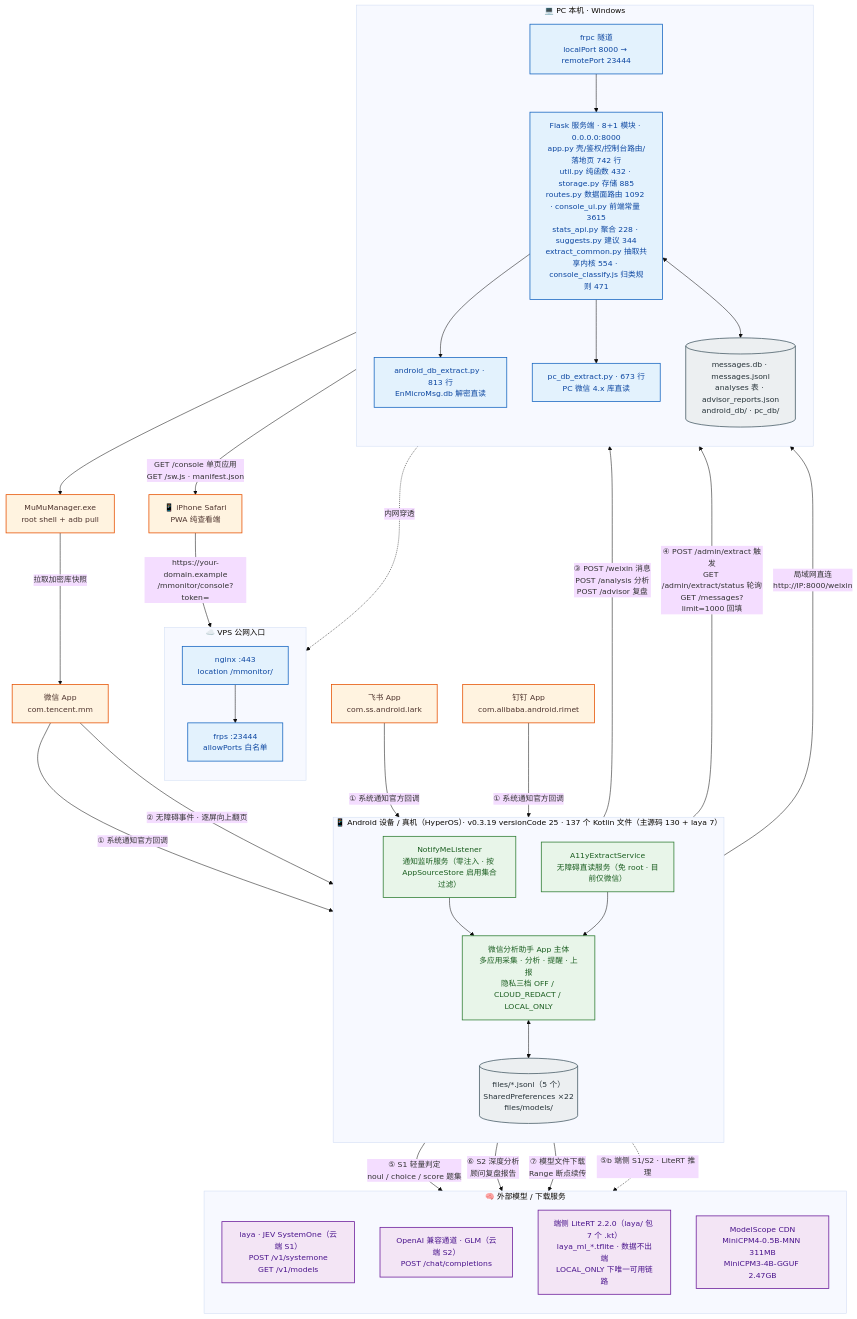
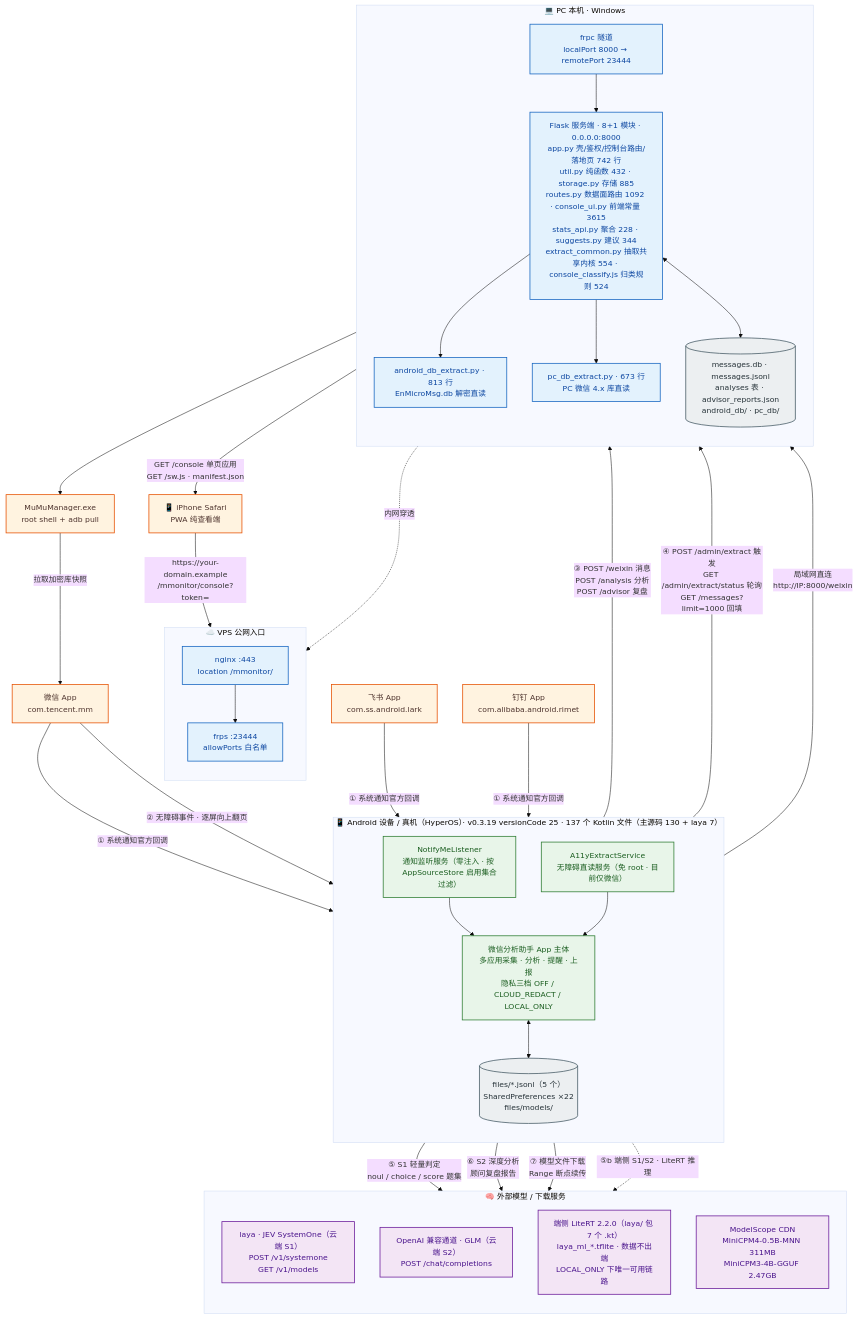
The diagram in docs/architecture/diagrams/01-system-context.mmd (solidjoker/notifyme), drawn with Mermaid before and after one commit. The commit also changed 12 other files, not shown here.

```diff
--- a/docs/architecture/diagrams/01-system-context.mmd
+++ b/docs/architecture/diagrams/01-system-context.mmd
@@ -1,70 +1,70 @@
 %%{init: {'theme':'base','themeVariables':{'fontSize':'15px','fontFamily':'Microsoft YaHei, PingFang SC, sans-serif'},'flowchart':{'htmlLabels':true,'curve':'basis'}}}%%
 flowchart TB
     classDef ext  fill:#fff3e0,stroke:#e65100,stroke-width:1.5px,color:#4e342e
     classDef app  fill:#e8f5e9,stroke:#2e7d32,stroke-width:1.5px,color:#1b5e20
     classDef srv  fill:#e3f2fd,stroke:#1565c0,stroke-width:1.5px,color:#0d47a1
     classDef llm  fill:#f3e5f5,stroke:#6a1b9a,stroke-width:1.5px,color:#4a148c
     classDef store fill:#eceff1,stroke:#455a64,stroke-width:1.5px,color:#263238
 
     WX["微信 App<br/>com.tencent.mm"]:::ext
     FS["飞书 App<br/>com.ss.android.lark"]:::ext
     DT["钉钉 App<br/>com.alibaba.android.rimet"]:::ext
 
     subgraph DEV["📱 Android 设备 / 真机（HyperOS）· v0.3.19 versionCode 25 · 137 个 Kotlin 文件（主源码 130 + laya 7）"]
         direction TB
         NL["NotifyMeListener<br/>通知监听服务（零注入 · 按 AppSourceStore 启用集合过滤）"]:::app
         A11Y["A11yExtractService<br/>无障碍直读服务（免 root · 目前仅微信）"]:::app
         CORE["微信分析助手 App 主体<br/>多应用采集 · 分析 · 提醒 · 上报<br/>隐私三档 OFF / CLOUD_REDACT / LOCAL_ONLY"]:::app
         STORE[("files/*.jsonl（5 个）<br/>SharedPreferences ×22<br/>files/models/")]:::store
         NL --> CORE
         A11Y --> CORE
         CORE <--> STORE
     end
 
     subgraph HOST["💻 PC 本机 · Windows"]
         direction TB
-        FLASK["Flask 服务端 · 8+1 模块 · 0.0.0.0:8000<br/>app.py 壳/鉴权/控制台路由/落地页 742 行<br/>util.py 纯函数 432 · storage.py 存储 885<br/>routes.py 数据面路由 1092 · console_ui.py 前端常量 3615<br/>stats_api.py 聚合 228 · suggests.py 建议 344<br/>extract_common.py 抽取共享内核 554 · console_classify.js 归类规则 471"]:::srv
+        FLASK["Flask 服务端 · 8+1 模块 · 0.0.0.0:8000<br/>app.py 壳/鉴权/控制台路由/落地页 742 行<br/>util.py 纯函数 432 · storage.py 存储 885<br/>routes.py 数据面路由 1092 · console_ui.py 前端常量 3615<br/>stats_api.py 聚合 228 · suggests.py 建议 344<br/>extract_common.py 抽取共享内核 554 · console_classify.js 归类规则 524"]:::srv
         ADBEX["android_db_extract.py · 813 行<br/>EnMicroMsg.db 解密直读"]:::srv
         PCEX["pc_db_extract.py · 673 行<br/>PC 微信 4.x 库直读"]:::srv
         DB[("messages.db · messages.jsonl<br/>analyses 表 · advisor_reports.json<br/>android_db/ · pc_db/")]:::store
         FRPC["frpc 隧道<br/>localPort 8000 → remotePort 23444"]:::srv
         FLASK --> ADBEX
         FLASK --> PCEX
         FLASK <--> DB
         FRPC --> FLASK
     end
 
     subgraph VPS["☁️ VPS 公网入口"]
         direction TB
         NGINX["nginx :443<br/>location /mmonitor/"]:::srv
         FRPS["frps :23444<br/>allowPorts 白名单"]:::srv
         NGINX --> FRPS
     end
 
     subgraph AI["🧠 外部模型 / 下载服务"]
         direction TB
         LAYA["laya · JEV SystemOne（云端 S1）<br/>POST /v1/systemone<br/>GET /v1/models"]:::llm
         GLM["OpenAI 兼容通道 · GLM（云端 S2）<br/>POST /chat/completions"]:::llm
         LITE["端侧 LiteRT 2.2.0（laya/ 包 7 个 .kt）<br/>laya_ml_*.tflite · 数据不出端<br/>LOCAL_ONLY 下唯一可用链路"]:::llm
         MS["ModelScope CDN<br/>MiniCPM4-0.5B-MNN 311MB<br/>MiniCPM3-4B-GGUF 2.47GB"]:::llm
     end
 
     MUMU["MuMuManager.exe<br/>root shell + adb pull"]:::ext
     IPHONE["📱 iPhone Safari<br/>PWA 纯查看端"]:::ext
 
     WX -->|"① 系统通知官方回调"| NL
     FS -->|"① 系统通知官方回调"| NL
     DT -->|"① 系统通知官方回调"| NL
     WX -->|"② 无障碍事件 · 逐屏向上翻页"| A11Y
     CORE -->|"③ POST /weixin 消息<br/>POST /analysis 分析<br/>POST /advisor 复盘"| FLASK
     CORE -->|"④ POST /admin/extract 触发<br/>GET /admin/extract/status 轮询<br/>GET /messages?limit=1000 回填"| FLASK
     CORE -->|"⑤ S1 轻量判定<br/>noul / choice / score 题集"| LAYA
     CORE -->|"⑥ S2 深度分析<br/>顾问复盘报告"| GLM
     CORE -->|"⑦ 模型文件下载<br/>Range 断点续传"| MS
     CORE -.->|"⑤b 端侧 S1/S2 · LiteRT 推理"| LITE
     ADBEX --> MUMU
     MUMU -->|"拉取加密库快照"| WX
     CORE -->|"局域网直连<br/>http://IP:8000/weixin"| FLASK
     FRPC -.->|"内网穿透"| FRPS
     IPHONE -->|"https://your-domain.example<br/>/mmonitor/console?token="| NGINX
     FLASK -->|"GET /console 单页应用<br/>GET /sw.js · manifest.json"| IPHONE
```
